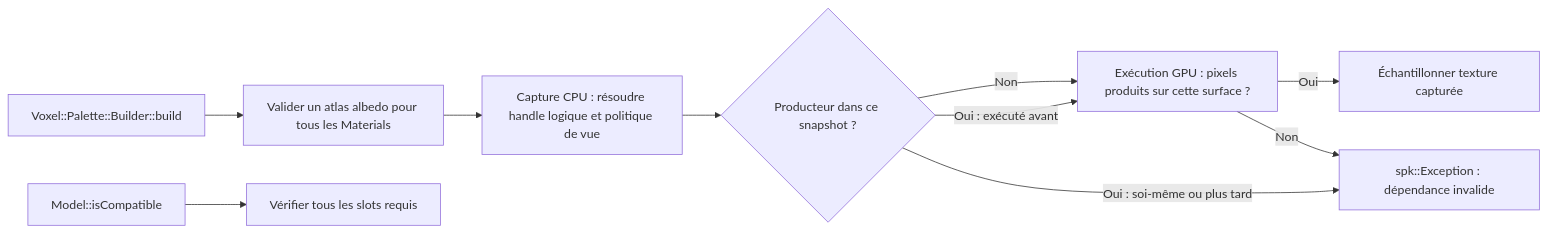
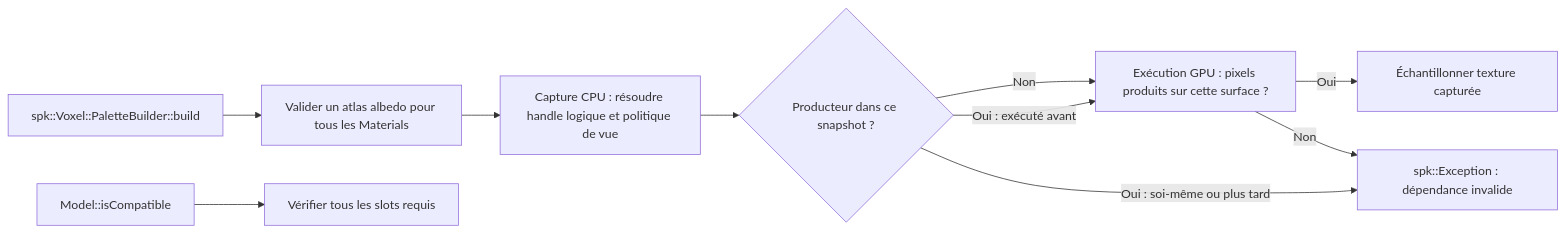
One commit to EreliaStudio/Sparkle changed the fifth of 10 diagrams in docs/voxel-engine-v0.1.4/07-vues-et-passes.md. Above: the diagram before and after it, drawn with Mermaid. The commit also changed other lines of this file, not shown here.

Commit message:
PR-07: align docs with generic Palette and voxel validation preset

````diff
--- a/docs/voxel-engine-v0.1.4/07-vues-et-passes.md
+++ b/docs/voxel-engine-v0.1.4/07-vues-et-passes.md
@@ -396,12 +396,12 @@
 ```mermaid
 flowchart LR
-  Palette["Voxel::Palette::Builder::build"] --> Atlas["Valider un atlas albedo pour tous les Materials"]
+  Palette["spk::Voxel::PaletteBuilder::build"] --> Atlas["Valider un atlas albedo pour tous les Materials"]
   Model["Model::isCompatible"] --> Slots["Vérifier tous les slots requis"]
   Atlas --> Capture["Capture CPU : résoudre handle logique et politique de vue"]
   Capture --> Earlier{"Producteur dans ce snapshot ?"}
   Earlier -->|"Oui : exécuté avant"| GPU["Exécution GPU : pixels produits sur cette surface ?"]
   Earlier -->|"Oui : soi-même ou plus tard"| Reject["spk::Exception : dépendance invalide"]
   Earlier -->|"Non"| GPU
   GPU -->|"Oui"| Sample["Échantillonner texture capturée"]
   GPU -->|"Non"| Reject
 ```
````
